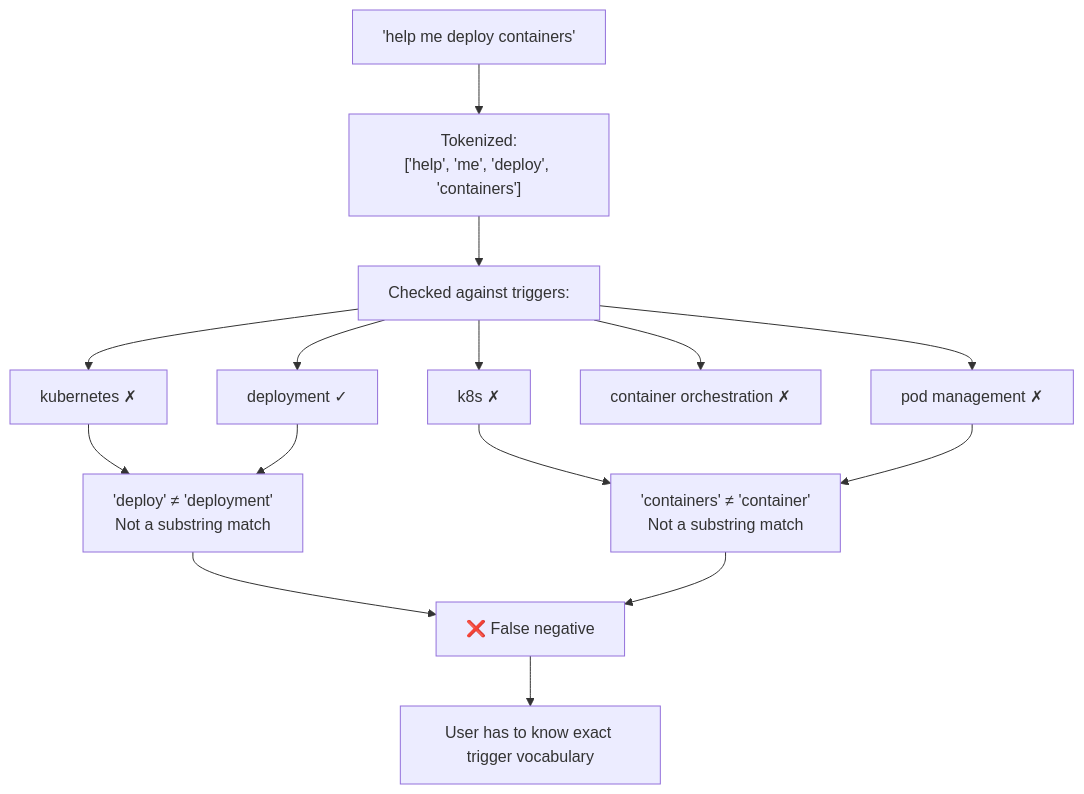
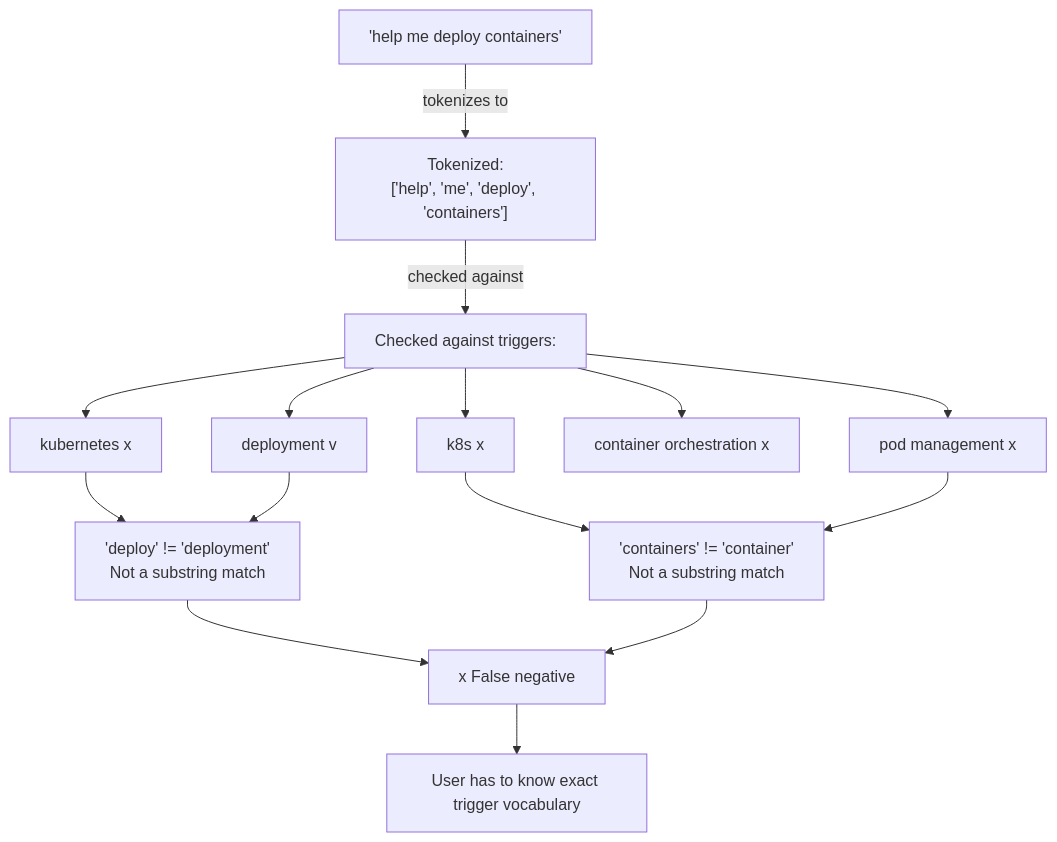
Before and after one commit to paulpas/agent-skill-router: the second of 10 diagrams in docs/skill-evolution.md, drawn with Mermaid. The commit also changed other lines of this file, not shown here.

Commit message:
docs: improve Mermaid diagrams per mermaid-diagrams skill guidelines — add alt-text descriptions, edge labels, YAML config, ASCII safety, and semantic styling

````diff
--- a/docs/skill-evolution.md
+++ b/docs/skill-evolution.md
@@ -116,20 +120,20 @@
 ```mermaid
 flowchart TD
-    A["'help me deploy containers'"] --> B["Tokenized:<br/>['help', 'me', 'deploy', 'containers']"]
-    B --> C["Checked against triggers:"]
-    C --> D["kubernetes ✗"]
-    C --> E["k8s ✗"]
-    C --> F["deployment ✓"]
-    C --> G["container orchestration ✗"]
-    C --> H["pod management ✗"]
+    A["'help me deploy containers'"] -->|"tokenizes to"| B["Tokenized:<br/>['help', 'me', 'deploy', 'containers']"]
+    B -->|"checked against"| C["Checked against triggers:"]
+    C --> D["kubernetes x"]
+    C --> E["k8s x"]
+    C --> F["deployment v"]
+    C --> G["container orchestration x"]
+    C --> H["pod management x"]
     
-    D --> I["'deploy' ≠ 'deployment'<br/>Not a substring match"]
+    D --> I["'deploy' != 'deployment'<br/>Not a substring match"]
     F --> I
-    E --> J["'containers' ≠ 'container'<br/>Not a substring match"]
+    E --> J["'containers' != 'container'<br/>Not a substring match"]
     H --> J
     
-    I --> K["❌ False negative"]
+    I --> K["x False negative"]
     J --> K
     
     K --> L["User has to know exact trigger vocabulary"]
 ```
````
